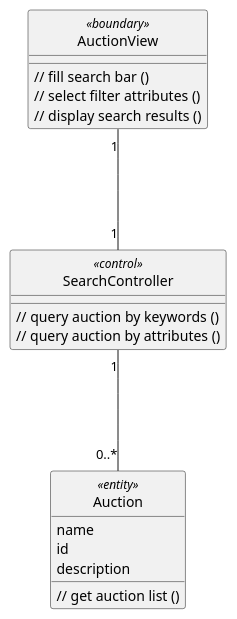
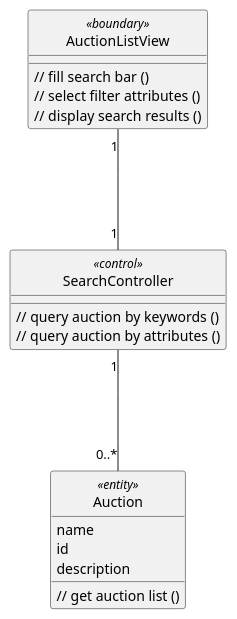
Before and after one commit to anhbanlinhle/velocity-exchange: the diagram in uml/analysis/class/search_for_auction.pu, drawn with PlantUML. The commit also changed 1 other file, not shown here.

```diff
--- a/uml/analysis/class/search_for_auction.pu
+++ b/uml/analysis/class/search_for_auction.pu
@@ -1,35 +1,35 @@
 @startuml 
 skinparam classAttributeIconSize 0
 skinparam linetype ortho
 hide circle
-class AuctionView <<boundary>> {
+class AuctionListView <<boundary>> {
 
     // fill search bar ()
     // select filter attributes ()
     // display search results ()
 
     }
 
 class SearchController <<control>> {
     
     // query auction by keywords ()
     // query auction by attributes ()
 
     }
 
 class Auction <<entity>> {
     name
     id
     description
 
     // get auction list ()
 
     }
 
 
-AuctionView "1" --- "1" SearchController
+AuctionListView "1" --- "1" SearchController
 
 SearchController "1" --- "0..*" Auction
 
 
 @enduml
```
